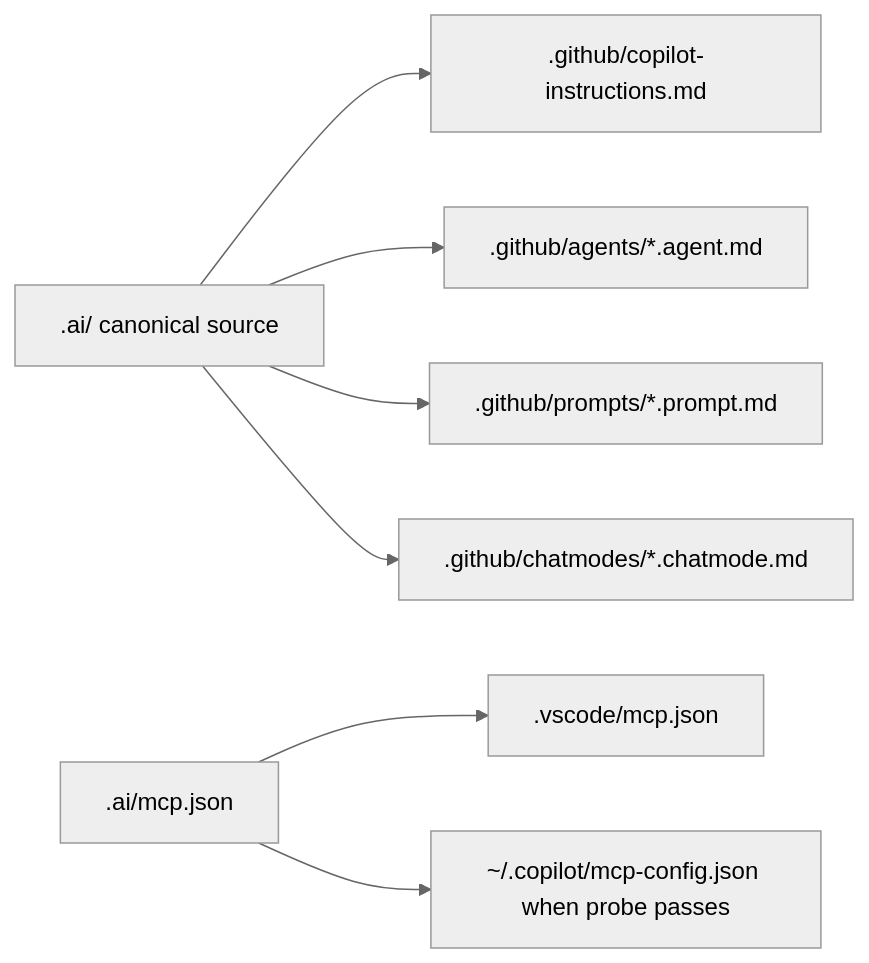
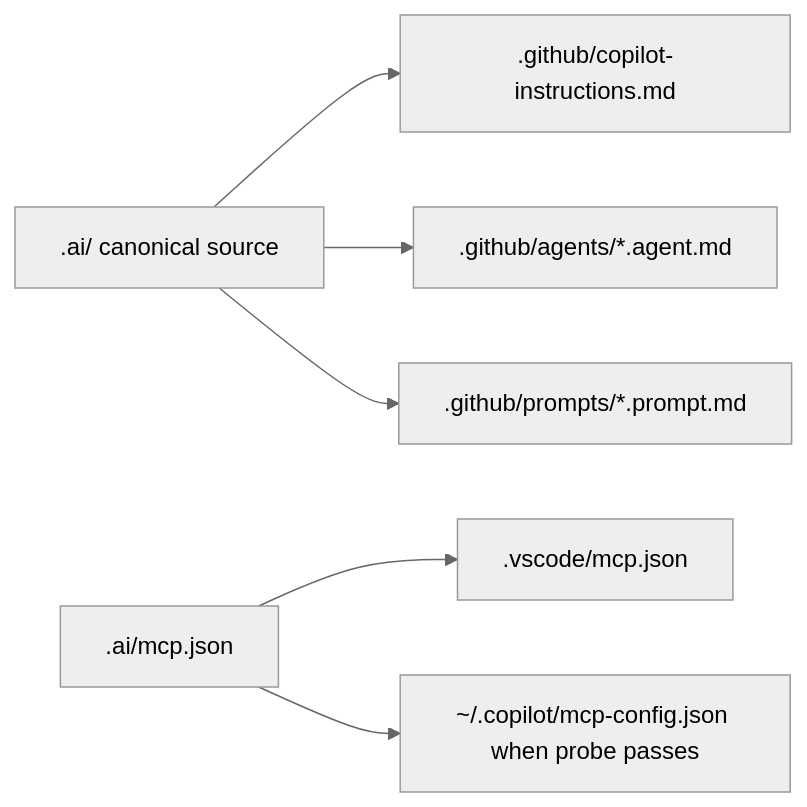
Before and after one commit to rluisb/lazyai: the diagram in docs/ai-cli-tools/copilot.md, drawn with Mermaid (neutral theme). The commit also changed other lines of this file and 7 other files, not shown here.

````diff
--- a/docs/ai-cli-tools/copilot.md
+++ b/docs/ai-cli-tools/copilot.md
@@ -20,9 +19,8 @@
 ```mermaid
 flowchart LR
     AI[".ai/ canonical source"] --> I[".github/copilot-instructions.md"]
     AI --> A[".github/agents/*.agent.md"]
     AI --> P[".github/prompts/*.prompt.md"]
-    AI --> CM[".github/chatmodes/*.chatmode.md"]
     MCP[".ai/mcp.json"] --> V[".vscode/mcp.json"]
     MCP --> U["~/.copilot/mcp-config.json when probe passes"]
 ```
````
